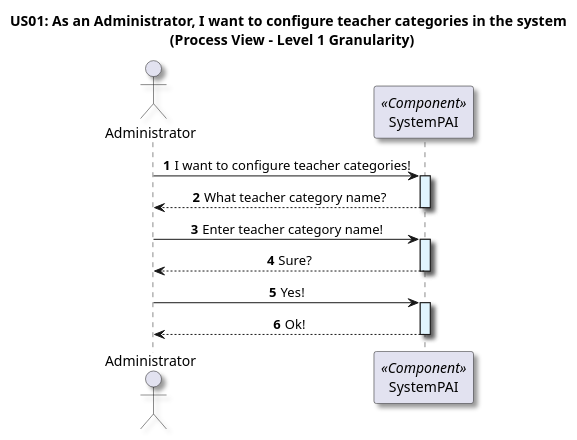
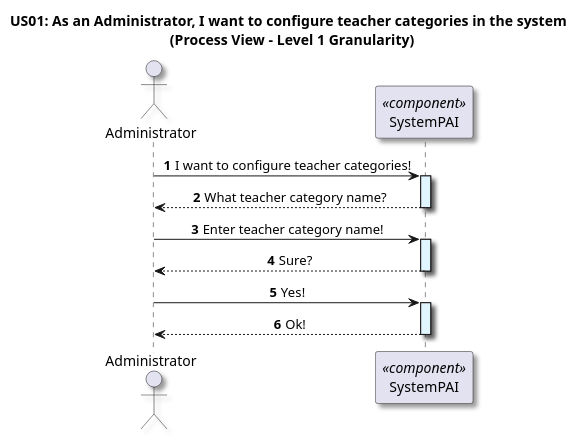
One commit to GasparISEP/DevOps-PAI changed the diagram in docs/US01/Sprint6_RestAPI/ProcessView/Level1Granularity.puml. Above: the diagram before and after it, drawn with PlantUML.

Commit message:
refactor (diagram): Update the process view diagram at level 1 granularity to configure AccessMethod (#555, #538)

```diff
--- a/docs/US01/Sprint6_RestAPI/ProcessView/Level1Granularity.puml
+++ b/docs/US01/Sprint6_RestAPI/ProcessView/Level1Granularity.puml
@@ -1,30 +1,30 @@
 @startuml
 
 title US01: As an Administrator, I want to configure teacher categories in the system \n (Process View - Level 1 Granularity)
 
 skinparam defaultTextAlignment center
 skinparam shadowing true
 
 autonumber
 
 actor Administrator as admin
-participant "SystemPAI" as System <<Component>>
+participant "SystemPAI" as System <<component>>
 
 admin -> System: I want to configure teacher categories!
 activate System #E1F5FE
 
 System --> admin: What teacher category name?
 deactivate System
 
 admin -> System: Enter teacher category name!
 activate System #E1F5FE
 
 System --> admin: Sure?
 deactivate System
 
 admin -> System: Yes!
 activate System #E1F5FE
 
 System --> admin: Ok!
 deactivate System
 @enduml
```
